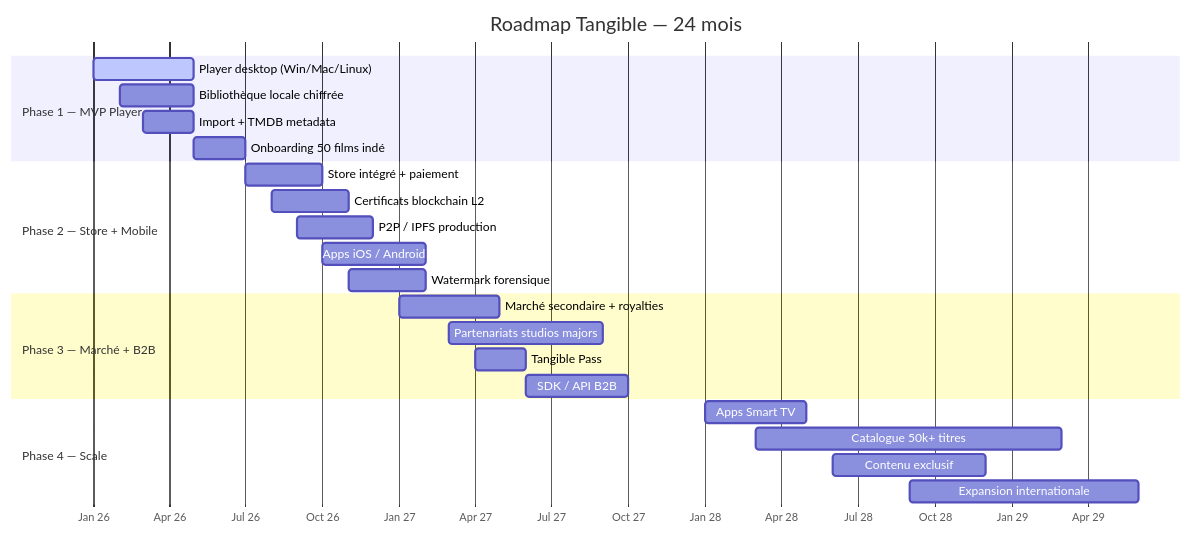
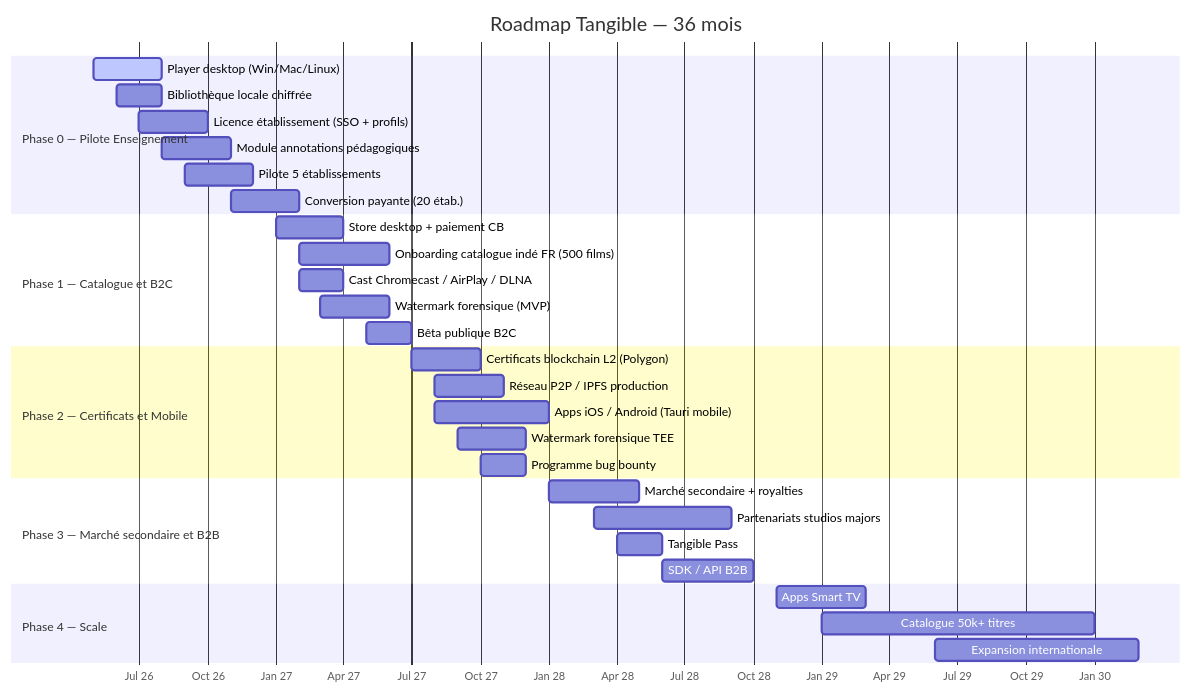
The first of 2 diagrams in content/06 - Technique/Roadmap Technique.md (Pixnop/tangible), drawn with Mermaid before and after one commit. The commit also changed other lines of this file and 13 other files, not shown here.

First line of the commit message:
chore: prix Tangible Pass 7,99€ -> 8€ (arrondi clean)

````diff
--- a/content/06 - Technique/Roadmap Technique.md
+++ b/content/06 - Technique/Roadmap Technique.md
@@ -12,31 +18,39 @@
 ```mermaid
 gantt
-    title Roadmap Tangible — 24 mois
+    title Roadmap Tangible — 36 mois
     dateFormat YYYY-MM
     axisFormat %b %y
 
-    section Phase 1 — MVP Player
-    Player desktop (Win/Mac/Linux)    :active, p1a, 2026-01, 4M
-    Bibliothèque locale chiffrée       :p1b, 2026-02, 3M
-    Import + TMDB metadata             :p1c, 2026-03, 2M
-    Onboarding 50 films indé           :p1d, 2026-05, 2M
+    section Phase 0 — Pilote Enseignement
+    Player desktop (Win/Mac/Linux)    :active, p0a, 2026-05, 3M
+    Bibliothèque locale chiffrée       :p0b, 2026-06, 2M
+    Licence établissement (SSO + profils) :p0c, 2026-07, 3M
+    Module annotations pédagogiques     :p0d, 2026-08, 3M
+    Pilote 5 établissements             :p0e, 2026-09, 3M
+    Conversion payante (20 étab.)       :p0f, 2026-11, 3M
 
-    section Phase 2 — Store + Mobile
-    Store intégré + paiement           :p2a, 2026-07, 3M
-    Certificats blockchain L2          :p2b, 2026-08, 3M
-    P2P / IPFS production              :p2c, 2026-09, 3M
-    Apps iOS / Android                 :p2d, 2026-10, 4M
-    Watermark forensique               :p2e, 2026-11, 3M
+    section Phase 1 — Catalogue et B2C
+    Store desktop + paiement CB         :p1a, 2027-01, 3M
+    Onboarding catalogue indé FR (500 films) :p1b, 2027-02, 4M
+    Cast Chromecast / AirPlay / DLNA   :p1c, 2027-02, 2M
+    Watermark forensique (MVP)         :p1d, 2027-03, 3M
+    Bêta publique B2C                   :p1e, 2027-05, 2M
 
-    section Phase 3 — Marché + B2B
-    Marché secondaire + royalties      :p3a, 2027-01, 4M
-    Partenariats studios majors        :p3b, 2027-03, 6M
-    Tangible Pass                      :p3c, 2027-04, 2M
-    SDK / API B2B                      :p3d, 2027-06, 4M
+    section Phase 2 — Certificats et Mobile
+    Certificats blockchain L2 (Polygon) :p2a, 2027-07, 3M
+    Réseau P2P / IPFS production        :p2b, 2027-08, 3M
+    Apps iOS / Android (Tauri mobile)   :p2c, 2027-08, 5M
+    Watermark forensique TEE            :p2d, 2027-09, 3M
+    Programme bug bounty                 :p2e, 2027-10, 2M
+
+    section Phase 3 — Marché secondaire et B2B
+    Marché secondaire + royalties       :p3a, 2028-01, 4M
+    Partenariats studios majors         :p3b, 2028-03, 6M
+    Tangible Pass                       :p3c, 2028-04, 2M
+    SDK / API B2B                       :p3d, 2028-06, 4M
 
     section Phase 4 — Scale
-    Apps Smart TV                       :p4a, 2028-01, 4M
-    Catalogue 50k+ titres              :p4b, 2028-03, 12M
-    Contenu exclusif                   :p4c, 2028-06, 6M
-    Expansion internationale           :p4d, 2028-09, 9M
+    Apps Smart TV                       :p4a, 2028-11, 4M
+    Catalogue 50k+ titres              :p4b, 2029-01, 12M
+    Expansion internationale           :p4c, 2029-06, 9M
 ```
````
